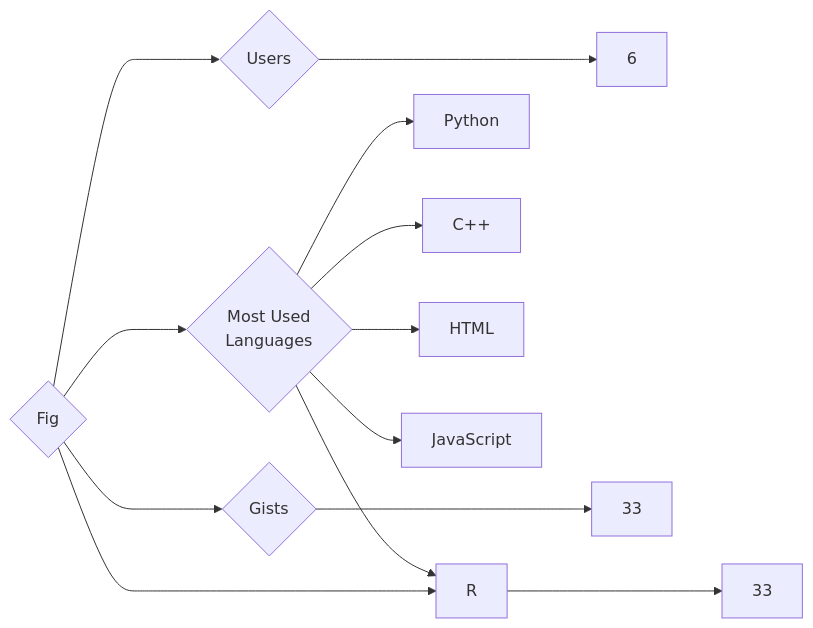
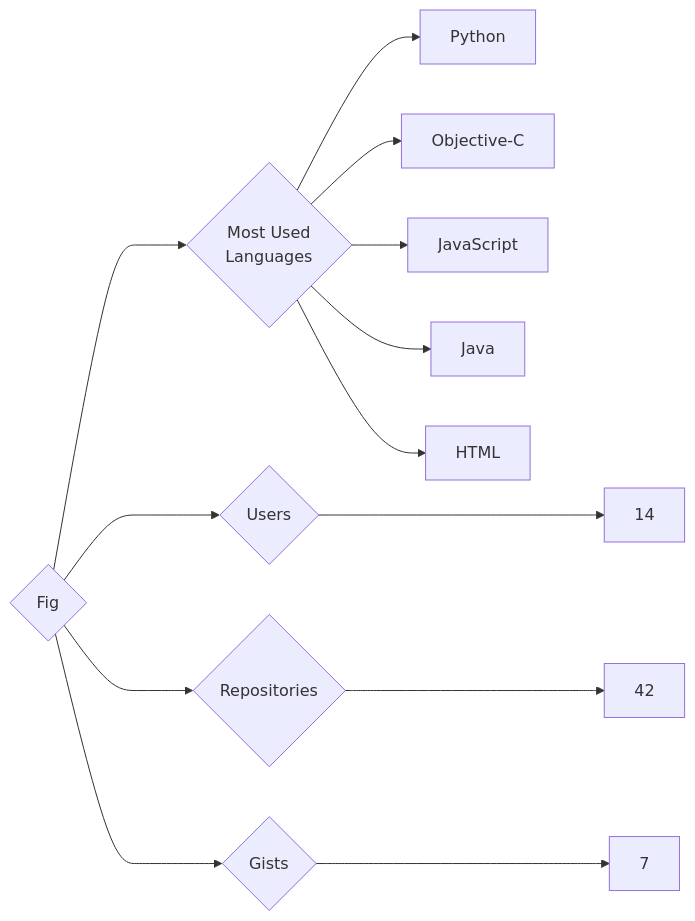
Before and after one commit to trickest/insiders: the diagram in targets/Fig/README.md, drawn with Mermaid. The commit also changed 1141 other files, not shown here.

````diff
--- a/targets/Fig/README.md
+++ b/targets/Fig/README.md
@@ -3,13 +3,13 @@
 ```mermaid
 graph LR
 COMPANY_NAME{Fig}
-COMPANY_NAME ---> U{Users} ---> UN[6]
-COMPANY_NAME ---> R{Repositories} ---> RN[33]
-COMPANY_NAME ---> G{Gists} ---> GN[33]
+COMPANY_NAME ---> U{Users} ---> UN[14]
+COMPANY_NAME ---> R{Repositories} ---> RN[42]
+COMPANY_NAME ---> G{Gists} ---> GN[7]
 COMPANY_NAME ---> ML{Most Used<br>Languages}
 ML --> Python[Python]
-ML --> C++[C++]
+ML --> Objective-C[Objective-C]
+ML --> JavaScript[JavaScript]
+ML --> Java[Java]
 ML --> HTML[HTML]
-ML --> R[R]
-ML --> JavaScript[JavaScript]
 ```
````
